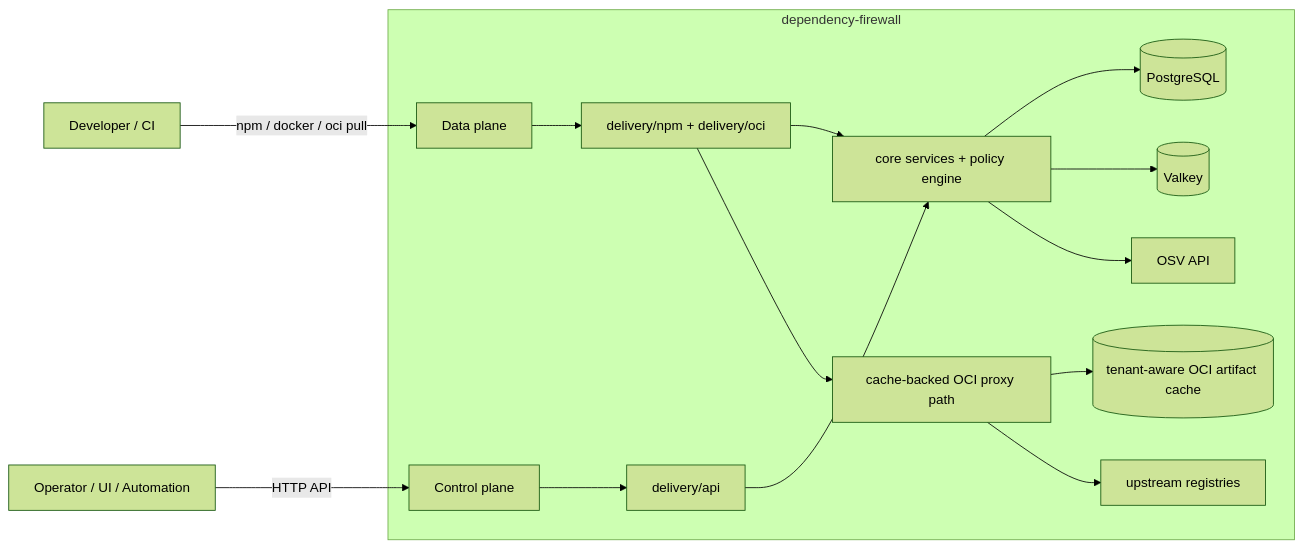
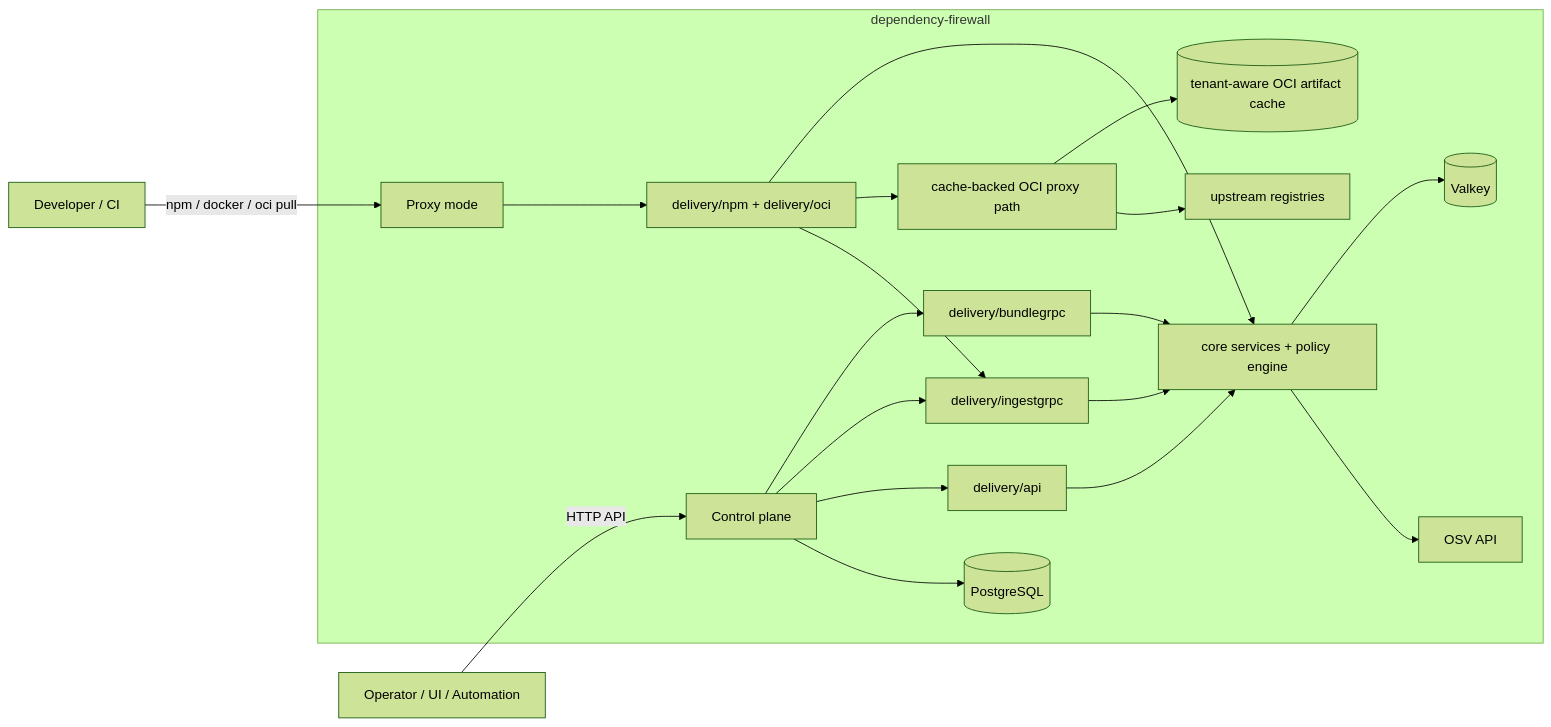
The first of 4 diagrams in docs/architecture.md (terrpan/dependency-firewall), drawn with Mermaid (forest theme) before and after one commit. The commit also changed other lines of this file and 45 other files, not shown here.

````diff
--- a/docs/architecture.md
+++ b/docs/architecture.md
@@ -23,21 +28,26 @@
 ```mermaid
 flowchart LR
     developer[Developer / CI]
     operator[Operator / UI / Automation]
 
-    developer -->|npm / docker / oci pull| dataplane[Data plane]
+    developer -->|npm / docker / oci pull| dataplane[Proxy mode]
     operator -->|HTTP API| controlplane[Control plane]
 
     subgraph firewall[dependency-firewall]
+        controlplane --> bundle[delivery/bundlegrpc]
+        controlplane --> ingest[delivery/ingestgrpc]
         dataplane --> deliveryProxy[delivery/npm + delivery/oci]
         controlplane --> deliveryAPI[delivery/api]
+        bundle --> core
+        ingest --> core
         deliveryProxy --> core[core services + policy engine]
         deliveryProxy --> ociProxy[cache-backed OCI proxy path]
         deliveryAPI --> core
-        core --> postgres[(PostgreSQL)]
+        controlplane --> postgres[(PostgreSQL)]
         core --> valkey[(Valkey)]
         ociProxy --> ociCache[(tenant-aware OCI artifact cache)]
         core --> osv[OSV API]
+        deliveryProxy --> ingest
         ociProxy --> upstreams[upstream registries]
     end
 ```
````
